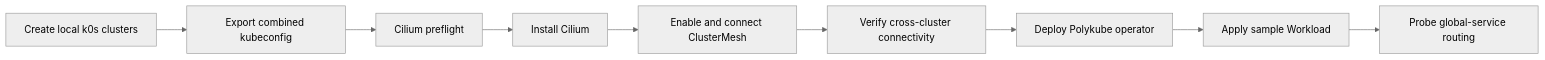
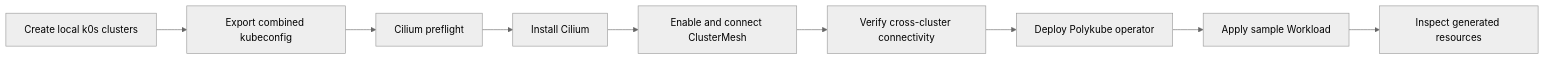
The diagram in docs/getting-started.md (Kismet-Engineering/polykube), drawn with Mermaid (neutral theme) before and after one commit. The commit also changed other lines of this file, not shown here.

````diff
--- a/docs/getting-started.md
+++ b/docs/getting-started.md
@@ -26,11 +43,11 @@
 ```mermaid
 flowchart LR
     Create[Create local k0s clusters] --> Kubeconfig[Export combined kubeconfig]
     Kubeconfig --> Preflight[Cilium preflight]
     Preflight --> Install[Install Cilium]
     Install --> Mesh[Enable and connect ClusterMesh]
     Mesh --> Verify[Verify cross-cluster connectivity]
     Verify --> Operator[Deploy Polykube operator]
     Operator --> Demo[Apply sample Workload]
-    Demo --> Probe[Probe global-service routing]
+    Demo --> Inspect[Inspect generated resources]
 ```
````
